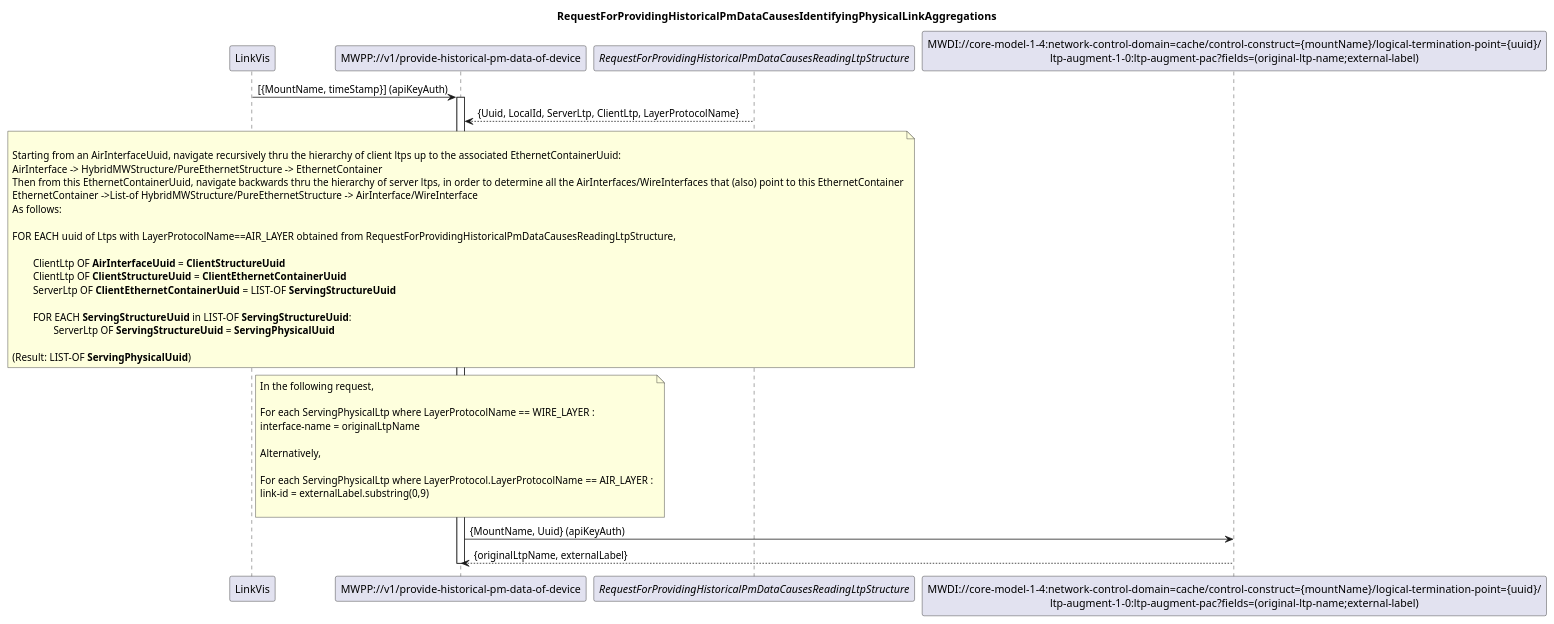
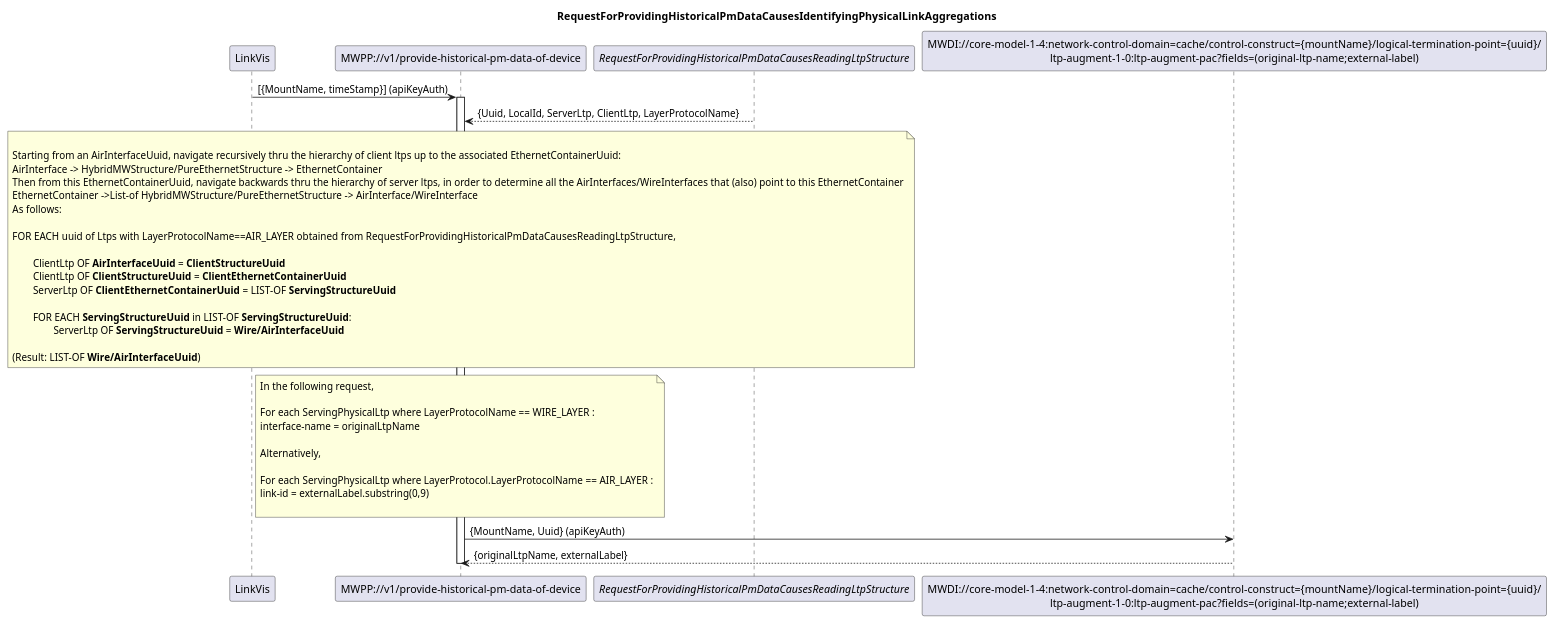
One commit to openBackhaul/MicroWavePerformanceProxy changed the diagram in spec/diagrams/002_IdentifyingPhysicalLinkAggregations.plantuml. Above: the diagram before and after it, drawn with PlantUML. The commit also changed 1 other file, not shown here.

Commit message:
Specify uuid in request

```diff
--- a/spec/diagrams/002_IdentifyingPhysicalLinkAggregations.plantuml
+++ b/spec/diagrams/002_IdentifyingPhysicalLinkAggregations.plantuml
@@ -1,57 +1,57 @@
 @startuml 002_IdentifyingPhysicalLinkAggregations
 skinparam responseMessageBelowArrow true
 
 title
 RequestForProvidingHistoricalPmDataCausesIdentifyingPhysicalLinkAggregations
 end title
 
 participant "LinkVis" as LinkVis
 participant "MWPP://v1/provide-historical-pm-data-of-device" as MWPP
 participant "<i>RequestForProvidingHistoricalPmDataCausesReadingLtpStructure</i>" as LTPs
 participant "MWDI://core-model-1-4:network-control-domain=cache/control-construct={mountName}/logical-termination-point={uuid}/\nltp-augment-1-0:ltp-augment-pac?fields=(original-ltp-name;external-label)" as LtpDesignation
 
 LinkVis -> MWPP: [{MountName, timeStamp}] (apiKeyAuth)
 activate MWPP
 
 LTPs --> MWPP: {Uuid, LocalId, ServerLtp, ClientLtp, LayerProtocolName}
 
 note over MWPP
 
 Starting from an AirInterfaceUuid, navigate recursively thru the hierarchy of client ltps up to the associated EthernetContainerUuid:
 AirInterface -> HybridMWStructure/PureEthernetStructure -> EthernetContainer
 Then from this EthernetContainerUuid, navigate backwards thru the hierarchy of server ltps, in order to determine all the AirInterfaces/WireInterfaces that (also) point to this EthernetContainer
 EthernetContainer ->List-of HybridMWStructure/PureEthernetStructure -> AirInterface/WireInterface
 As follows:
 
 FOR EACH uuid of Ltps with LayerProtocolName==AIR_LAYER obtained from RequestForProvidingHistoricalPmDataCausesReadingLtpStructure,
 
 	ClientLtp OF **AirInterfaceUuid** = **ClientStructureUuid** 
 	ClientLtp OF **ClientStructureUuid** = **ClientEthernetContainerUuid**
 	ServerLtp OF **ClientEthernetContainerUuid** = LIST-OF **ServingStructureUuid**	
 
 	FOR EACH **ServingStructureUuid** in LIST-OF **ServingStructureUuid**:	
-    		ServerLtp OF **ServingStructureUuid** = **ServingPhysicalUuid**
+    		ServerLtp OF **ServingStructureUuid** = **Wire/AirInterfaceUuid**
 
-(Result: LIST-OF **ServingPhysicalUuid**)
+(Result: LIST-OF **Wire/AirInterfaceUuid**)
 end note
 
 note over MWPP
 In the following request,
 
 For each ServingPhysicalLtp where LayerProtocolName == WIRE_LAYER :
 interface-name = originalLtpName 
 
 Alternatively,
 
 For each ServingPhysicalLtp where LayerProtocol.LayerProtocolName == AIR_LAYER :
 link-id = externalLabel.substring(0,9)
 
 end note
 
 
 MWPP -> LtpDesignation: {MountName, Uuid} (apiKeyAuth)
 LtpDesignation --> MWPP: {originalLtpName, externalLabel}
 
 deactivate MWPP
 
 @enduml
```
